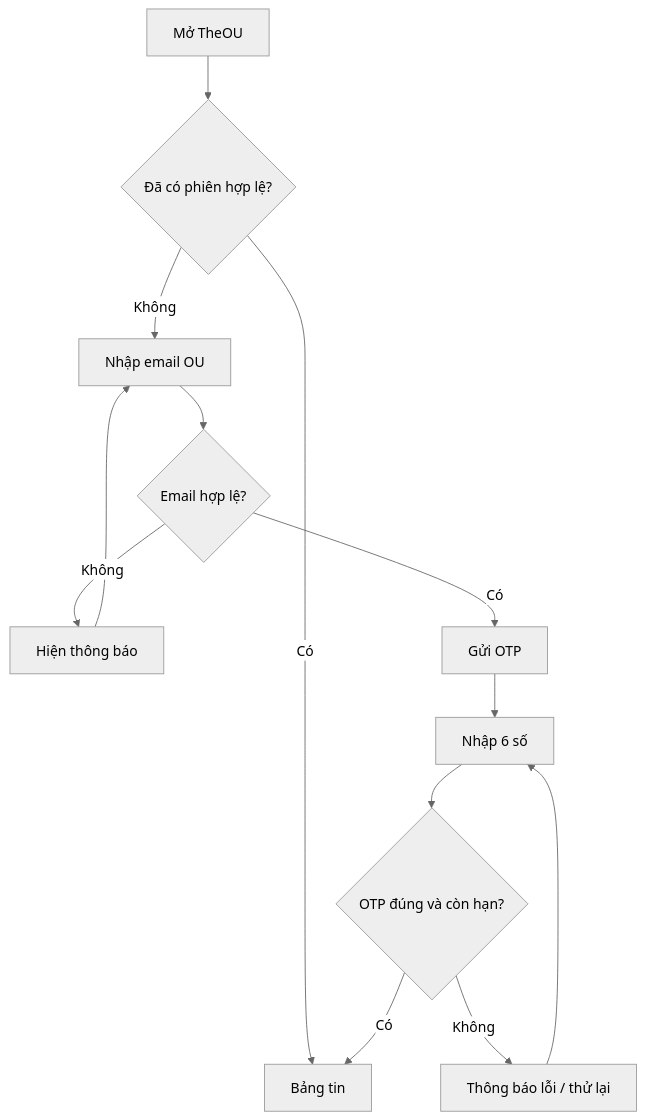
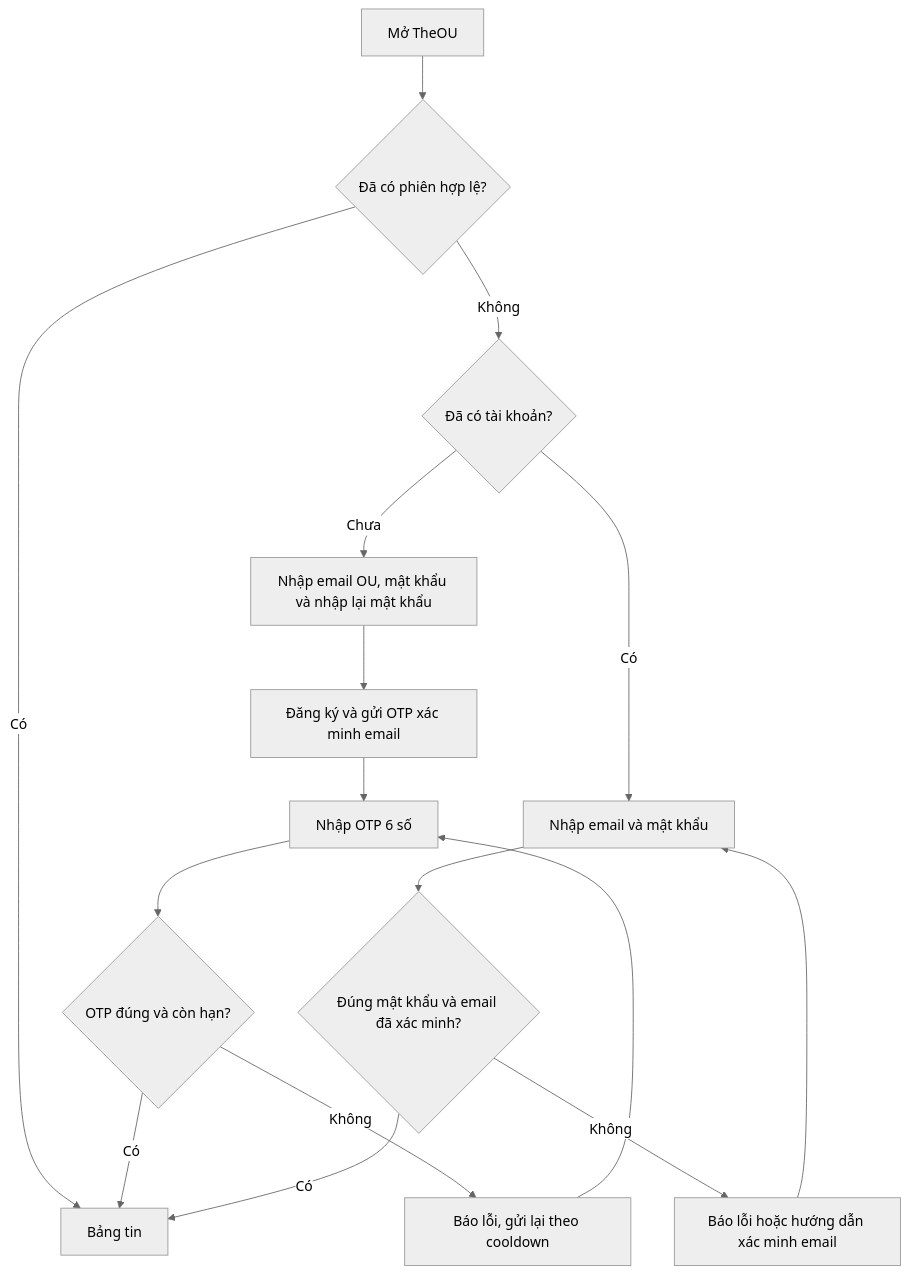
The first of 3 diagrams in docs/03-UI-UX-SPEC.md (NgnTienDat/TheOU), drawn with Mermaid (neutral theme) before and after one commit. The commit also changed other lines of this file and 37 other files, not shown here.

````diff
--- a/docs/03-UI-UX-SPEC.md
+++ b/docs/03-UI-UX-SPEC.md
@@ -30,15 +31,18 @@
 ```mermaid
 flowchart TD
   A[Mở TheOU] --> B{Đã có phiên hợp lệ?}
   B -- Có --> C[Bảng tin]
-  B -- Không --> D[Nhập email OU]
-  D --> E{Email hợp lệ?}
-  E -- Không --> F[Hiện thông báo]
-  F --> D
-  E -- Có --> G[Gửi OTP]
-  G --> H[Nhập 6 số]
-  H --> I{OTP đúng và còn hạn?}
-  I -- Không --> J[Thông báo lỗi / thử lại]
-  J --> H
-  I -- Có --> C
+  B -- Không --> D{Đã có tài khoản?}
+  D -- Chưa --> E[Nhập email OU, mật khẩu và nhập lại mật khẩu]
+  E --> F[Đăng ký và gửi OTP xác minh email]
+  F --> G[Nhập OTP 6 số]
+  G --> H{OTP đúng và còn hạn?}
+  H -- Không --> I[Báo lỗi, gửi lại theo cooldown]
+  I --> G
+  H -- Có --> C
+  D -- Có --> J[Nhập email và mật khẩu]
+  J --> K{Đúng mật khẩu và email đã xác minh?}
+  K -- Có --> C
+  K -- Không --> L[Báo lỗi hoặc hướng dẫn xác minh email]
+  L --> J
 ```
````
